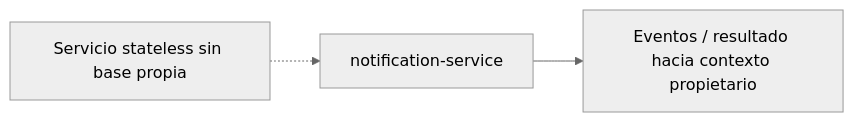
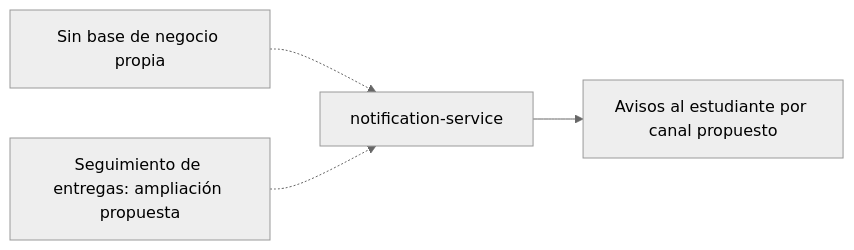
The diagram in assets/diagrams/tactical/10-notifications-database.mmd (upc-pre-202620-si728-16365-thropic/talki-project-report), drawn with Mermaid (neutral theme) before and after one commit. The commit also changed 33 other files, not shown here.

Commit message:
docs: retirar fuentes editables y alinear texto y diagramas

```diff
--- a/assets/diagrams/tactical/10-notifications-database.mmd
+++ b/assets/diagrams/tactical/10-notifications-database.mmd
@@ -1,3 +1,4 @@
 flowchart LR
-  service["notification-service"] --> output["Eventos / resultado hacia contexto propietario"]
-  note["Servicio stateless sin base propia"] -.-> service
+  service["notification-service"] --> client["Avisos al estudiante por canal propuesto"]
+  note["Sin base de negocio propia"] -.-> service
+  tracking["Seguimiento de entregas: ampliación propuesta"] -.-> service
```
